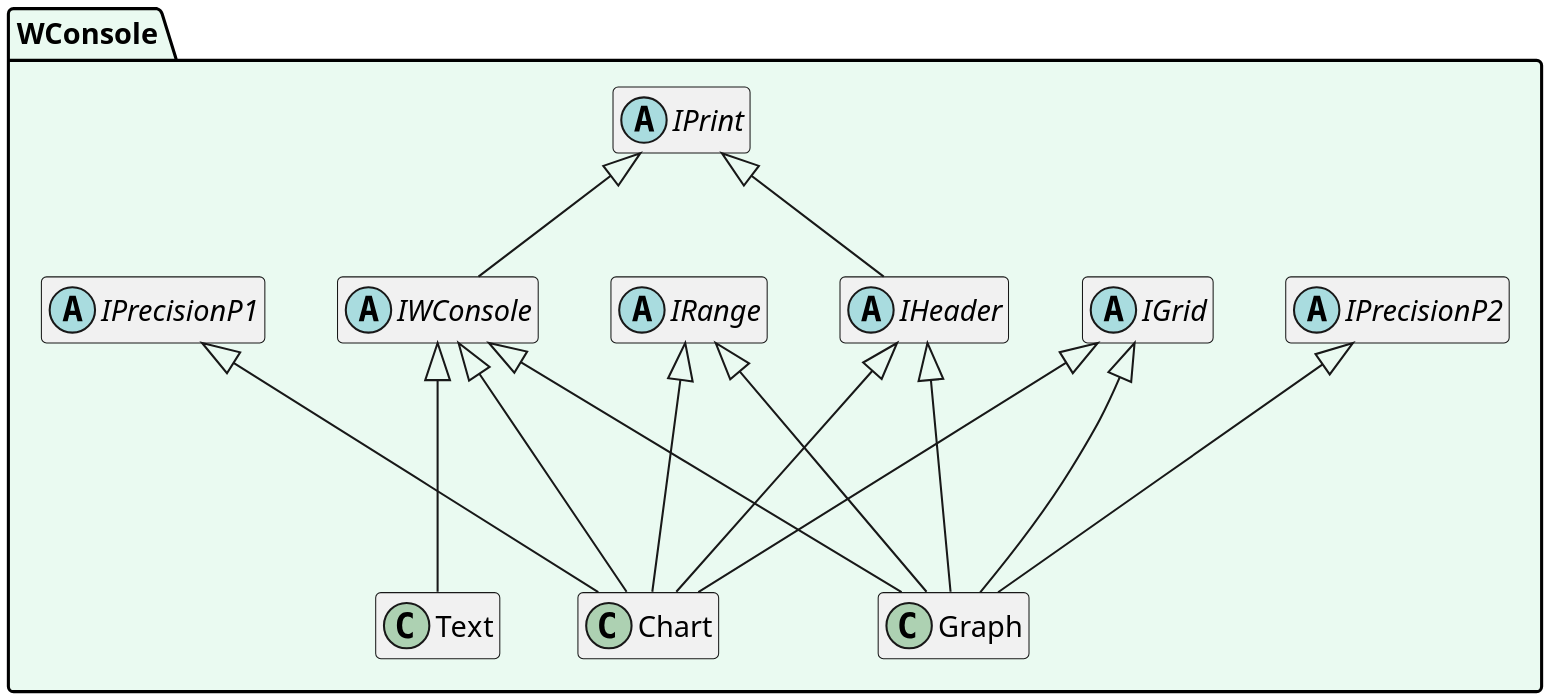
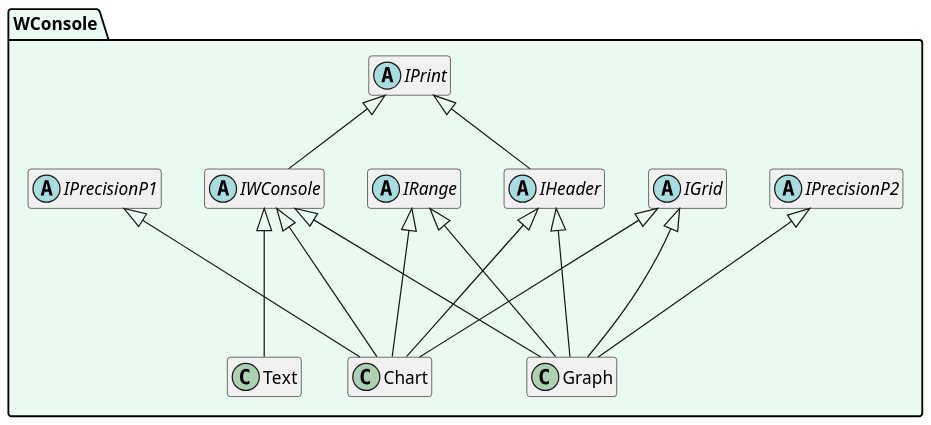
Before and after one commit to SergioStopkin/WideConsole: the diagram in doc/UMLClass.md, drawn with PlantUML.

Commit message:
Test some styles

````diff
--- a/doc/UMLClass.md
+++ b/doc/UMLClass.md
@@ -1,41 +1,41 @@
 ```plantuml
 @startuml
 
-scale 1900 width
+scale 1.5
 
 hide empty members
 
 namespace WConsole #EAFAF1 {
 
 abstract class IGrid
 abstract class IHeader
 abstract class IPrecisionP1
 abstract class IPrecisionP2
 abstract class IPrint
 abstract class IRange
 abstract class IWConsole
 class Chart
 class Graph
 class Text
 
 IPrint <|-- IHeader
 IPrint <|-- IWConsole
 
 IWConsole    <|--- Chart
 IHeader      <|--- Chart
 IPrecisionP1 <|---  Chart
 IRange       <|---  Chart
 IGrid        <|---  Chart
 
 IWConsole    <|--- Graph
 IHeader      <|--- Graph
 IPrecisionP2 <|---  Graph
 IRange       <|---  Graph
 IGrid        <|---  Graph
 
 IWConsole <|--- Text
 
 }
 
 @enduml
 ```
````
